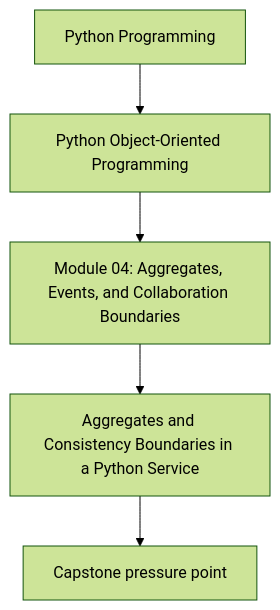
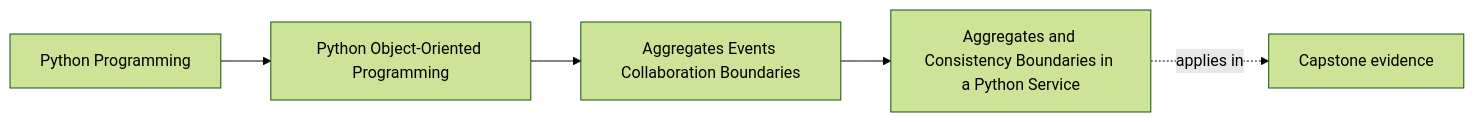
The first of 2 diagrams in programs/python-programming/python-object-oriented-programming/course-book/module-04-aggregates-events-collaboration-boundaries/aggregates-and-consistency-boundaries.md (bijux/bijux-masterclass), drawn with Mermaid (forest theme) before and after one commit. The commit also changed other lines of this file and 65 other files, not shown here.

Commit message:
docs(python-object-oriented-programming): map object model and design foundations

````diff
--- a/programs/python-programming/python-object-oriented-programming/course-book/module-04-aggregates-events-collaboration-boundaries/aggregates-and-consistency-boundaries.md
+++ b/programs/python-programming/python-object-oriented-programming/course-book/module-04-aggregates-events-collaboration-boundaries/aggregates-and-consistency-boundaries.md
@@ -7,7 +7,11 @@
 ```mermaid
-flowchart TD
-  family["Python Programming"] --> program["Python Object-Oriented Programming"]
-  program --> module["Module 04: Aggregates, Events, and Collaboration Boundaries"]
-  module --> concept["Aggregates and Consistency Boundaries in a Python Service"]
-  concept --> capstone["Capstone pressure point"]
+graph LR
+  family["Python Programming"]
+  program["Python Object-Oriented Programming"]
+  section["Aggregates Events Collaboration Boundaries"]
+  page["Aggregates and Consistency Boundaries in a Python Service"]
+  capstone["Capstone evidence"]
+
+  family --> program --> section --> page
+  page -.applies in.-> capstone
 ```
````
